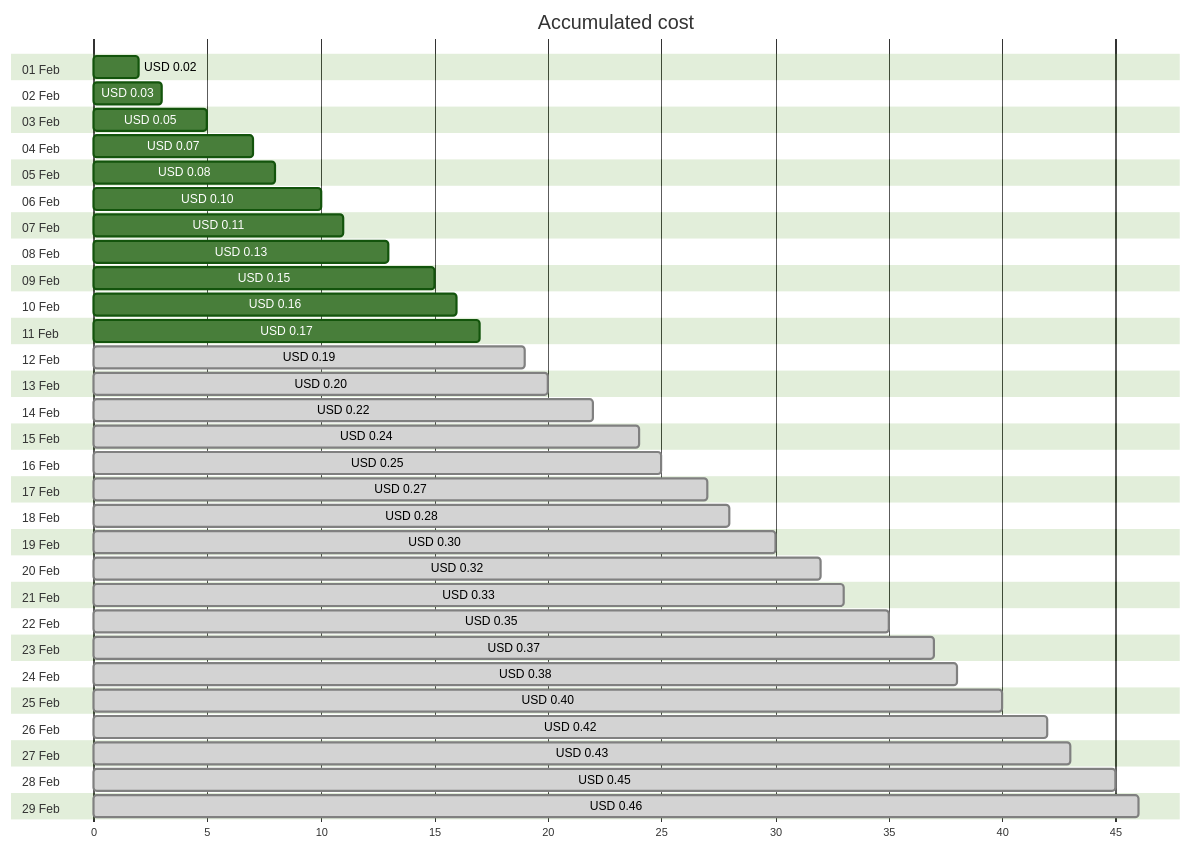
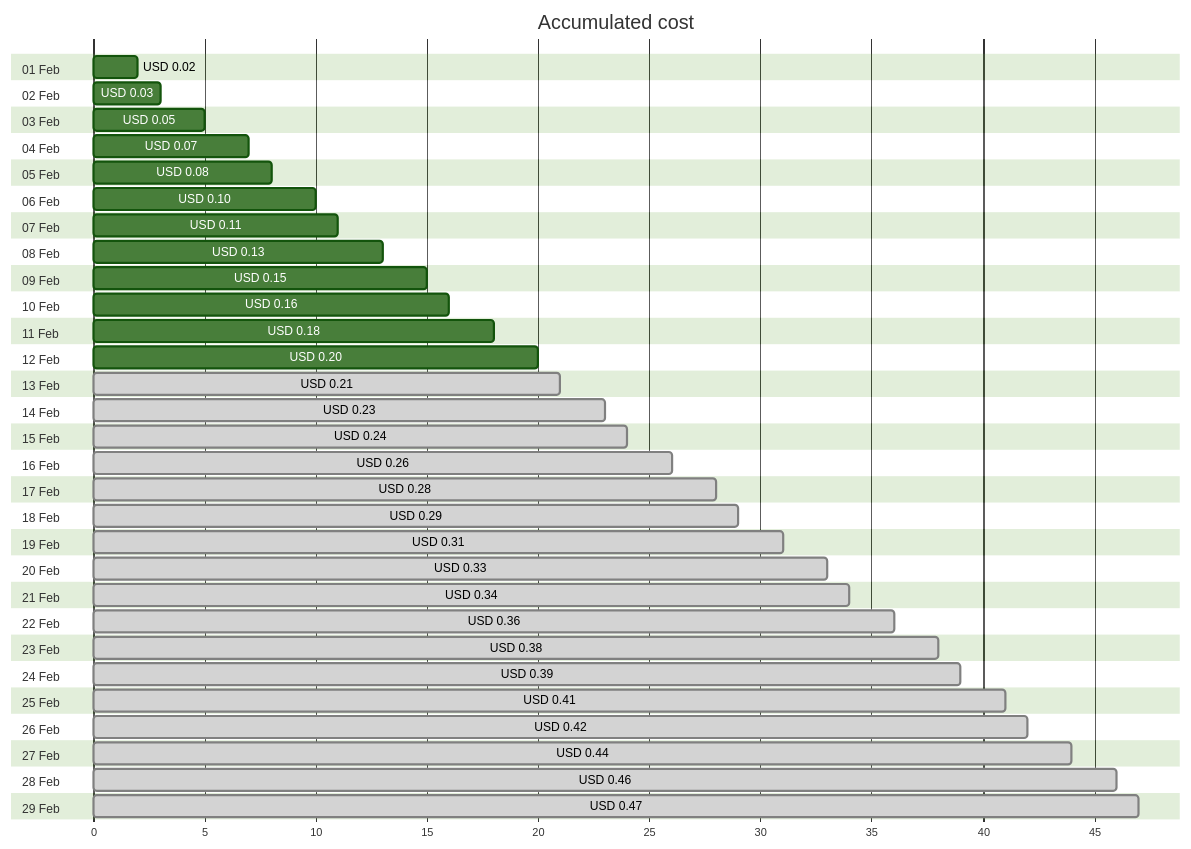
Before and after one commit to jpfulton/azure-personal-reports: the first of 4 diagrams in cost-reports/personal-dns/jpatrickfulton.com.md, drawn with Mermaid (forest theme). The commit also changed other lines of this file and 2 other files, not shown here.

Commit message:
Generated reports [skip ci]

````diff
--- a/cost-reports/personal-dns/jpatrickfulton.com.md
+++ b/cost-reports/personal-dns/jpatrickfulton.com.md
@@ -20,64 +20,64 @@
 ```mermaid
 gantt
    title Accumulated cost
    dateFormat  X
    axisFormat %s
    section 01 Feb
    USD 0.02 :0, 2
    section 02 Feb
    USD 0.03 :0, 3
    section 03 Feb
    USD 0.05 :0, 5
    section 04 Feb
    USD 0.07 :0, 7
    section 05 Feb
    USD 0.08 :0, 8
    section 06 Feb
    USD 0.10 :0, 10
    section 07 Feb
    USD 0.11 :0, 11
    section 08 Feb
    USD 0.13 :0, 13
    section 09 Feb
    USD 0.15 :0, 15
    section 10 Feb
    USD 0.16 :0, 16
    section 11 Feb
-   USD 0.17 :0, 17
+   USD 0.18 :0, 18
    section 12 Feb
-   USD 0.19 : done, 0, 19
+   USD 0.20 :0, 20
    section 13 Feb
-   USD 0.20 : done, 0, 20
+   USD 0.21 : done, 0, 21
    section 14 Feb
-   USD 0.22 : done, 0, 22
+   USD 0.23 : done, 0, 23
    section 15 Feb
    USD 0.24 : done, 0, 24
    section 16 Feb
-   USD 0.25 : done, 0, 25
+   USD 0.26 : done, 0, 26
    section 17 Feb
-   USD 0.27 : done, 0, 27
+   USD 0.28 : done, 0, 28
    section 18 Feb
-   USD 0.28 : done, 0, 28
+   USD 0.29 : done, 0, 29
    section 19 Feb
-   USD 0.30 : done, 0, 30
+   USD 0.31 : done, 0, 31
    section 20 Feb
-   USD 0.32 : done, 0, 32
+   USD 0.33 : done, 0, 33
    section 21 Feb
-   USD 0.33 : done, 0, 33
+   USD 0.34 : done, 0, 34
    section 22 Feb
-   USD 0.35 : done, 0, 35
+   USD 0.36 : done, 0, 36
    section 23 Feb
-   USD 0.37 : done, 0, 37
+   USD 0.38 : done, 0, 38
    section 24 Feb
-   USD 0.38 : done, 0, 38
+   USD 0.39 : done, 0, 39
    section 25 Feb
-   USD 0.40 : done, 0, 40
+   USD 0.41 : done, 0, 41
    section 26 Feb
    USD 0.42 : done, 0, 42
    section 27 Feb
-   USD 0.43 : done, 0, 43
+   USD 0.44 : done, 0, 44
    section 28 Feb
-   USD 0.45 : done, 0, 45
+   USD 0.46 : done, 0, 46
    section 29 Feb
-   USD 0.46 : done, 0, 46
+   USD 0.47 : done, 0, 47
 ```
````
